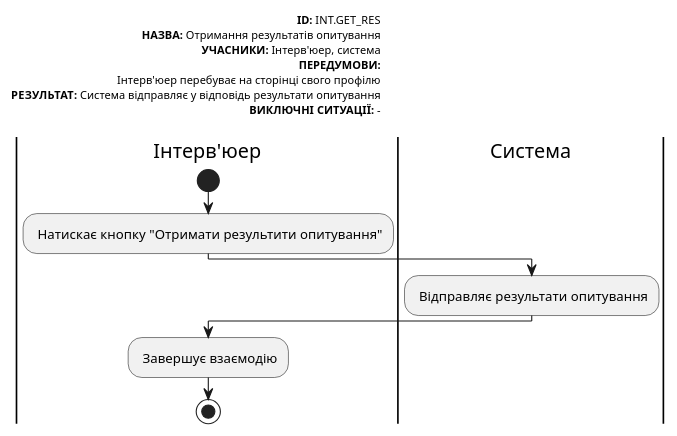
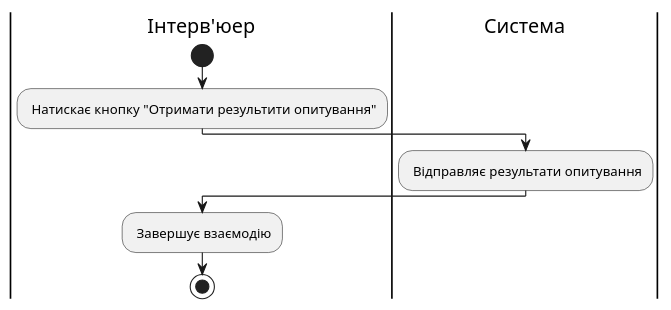
Before and after one commit to michigang1/ImForms: the tenth of 22 diagrams in docs/use cases/README.md, drawn with PlantUML. The commit also changed other lines of this file, not shown here.

```diff
--- a/docs/use cases/README.md
+++ b/docs/use cases/README.md
@@ -327,23 +347,13 @@
 @startuml
-left header
-<font color=000 size=10><b>ID:</b> INT.GET_RES
-<font color=000 size=10><b>НАЗВА:</b> Отримання результатів опитування  
-<font color=000 size=10><b>УЧАСНИКИ:</b> Інтерв'юер, система
-<font color=000 size=10><b>ПЕРЕДУМОВИ:</b>
-<font color=000 size=10> Інтерв'юер перебуває на сторінці свого профілю
-<font color=000 size=10><b>РЕЗУЛЬТАТ:</b> Система відправляє у відповідь результати опитування
-<font color=000 size=10><b>ВИКЛЮЧНІ СИТУАЦІЇ:</b> -
-
-end header
 
 |Інтерв'юер|
 start
 : Натискає кнопку "Отримати результити опитування";
 
 |Система|
 : Відправляє результати опитування;
 
 |Інтерв'юер|
 : Завершує взаємодію;
 stop;
 @enduml
```
